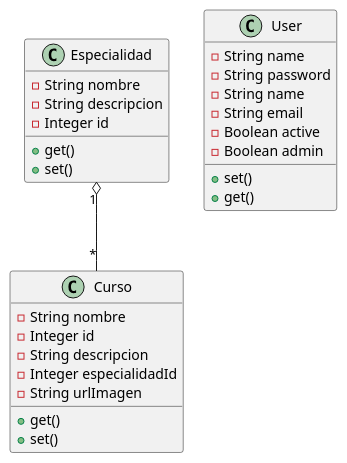
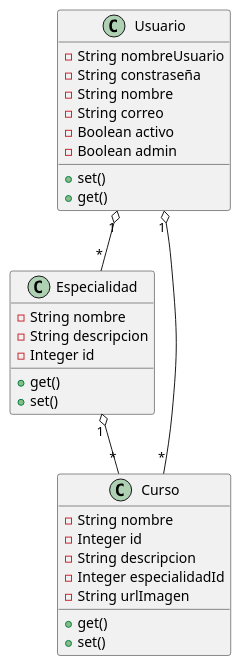
Before and after one commit to coscristian/Proyecto-App-Cursos: the diagram in doc/modelo_datos.puml, drawn with PlantUML.

Commit message:
Commit diagrama de clases

```diff
--- a/doc/modelo_datos.puml
+++ b/doc/modelo_datos.puml
@@ -1,35 +1,36 @@
 @startuml
 
 class Especialidad {
     - String nombre
     - String descripcion
     - Integer id
     + get()
     + set()
 }
 
 class Curso {
     - String nombre
     - Integer id
     - String descripcion
     - Integer especialidadId
     - String urlImagen
     + get()
     + set()
 }
 
-class User {
-    - String name
-    - String password
-    - String name
-    - String email
-    - Boolean active
+class Usuario {
+    - String nombreUsuario
+    - String constraseña
+    - String nombre
+    - String correo
+    - Boolean activo
     - Boolean admin
     + set()
     + get()
 }
 
 Especialidad "1" o-- "*" Curso
-
+Usuario "1" o-- "*" Especialidad
+Usuario "1" o-- "*" Curso
 
 @enduml
```
